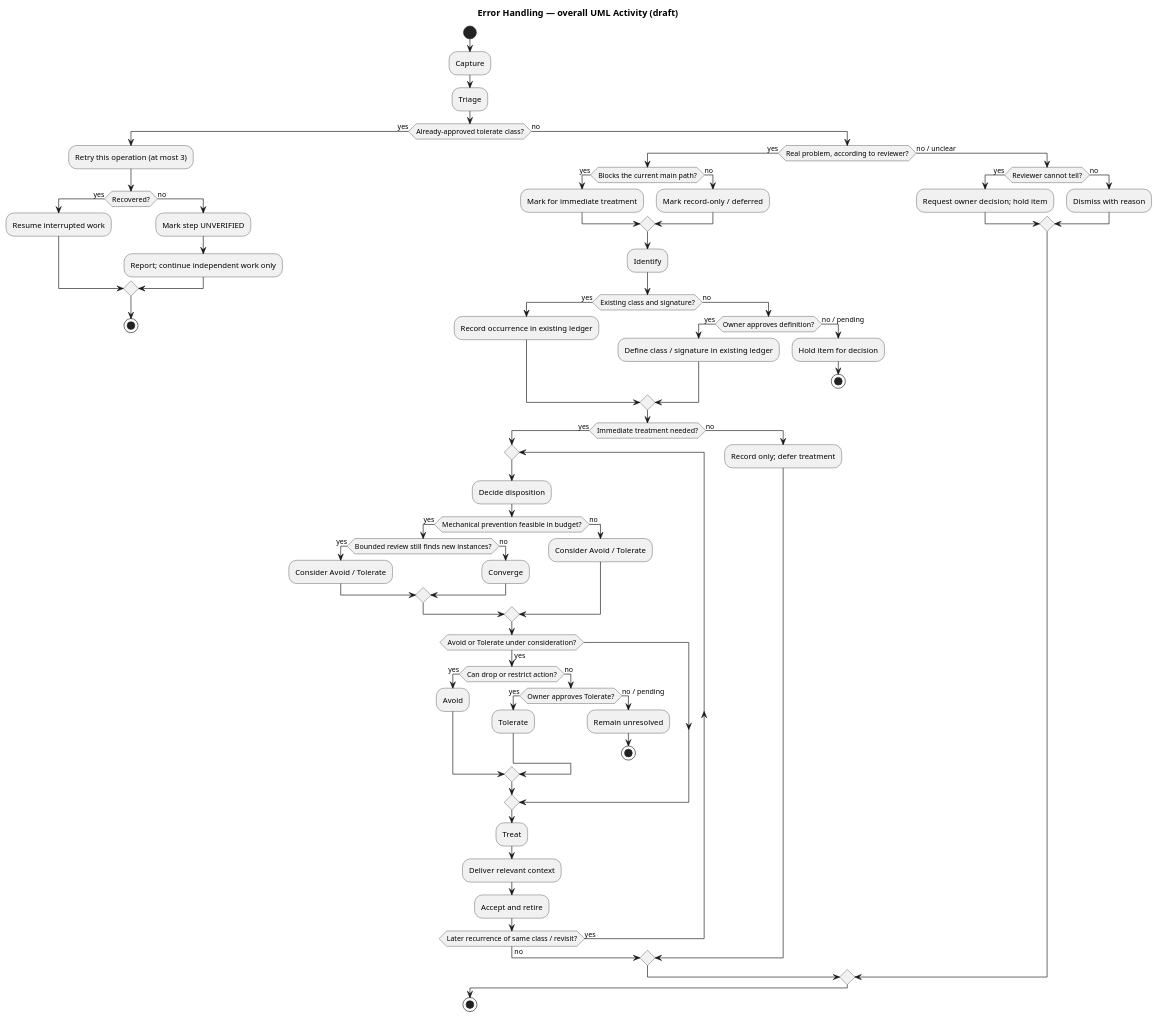
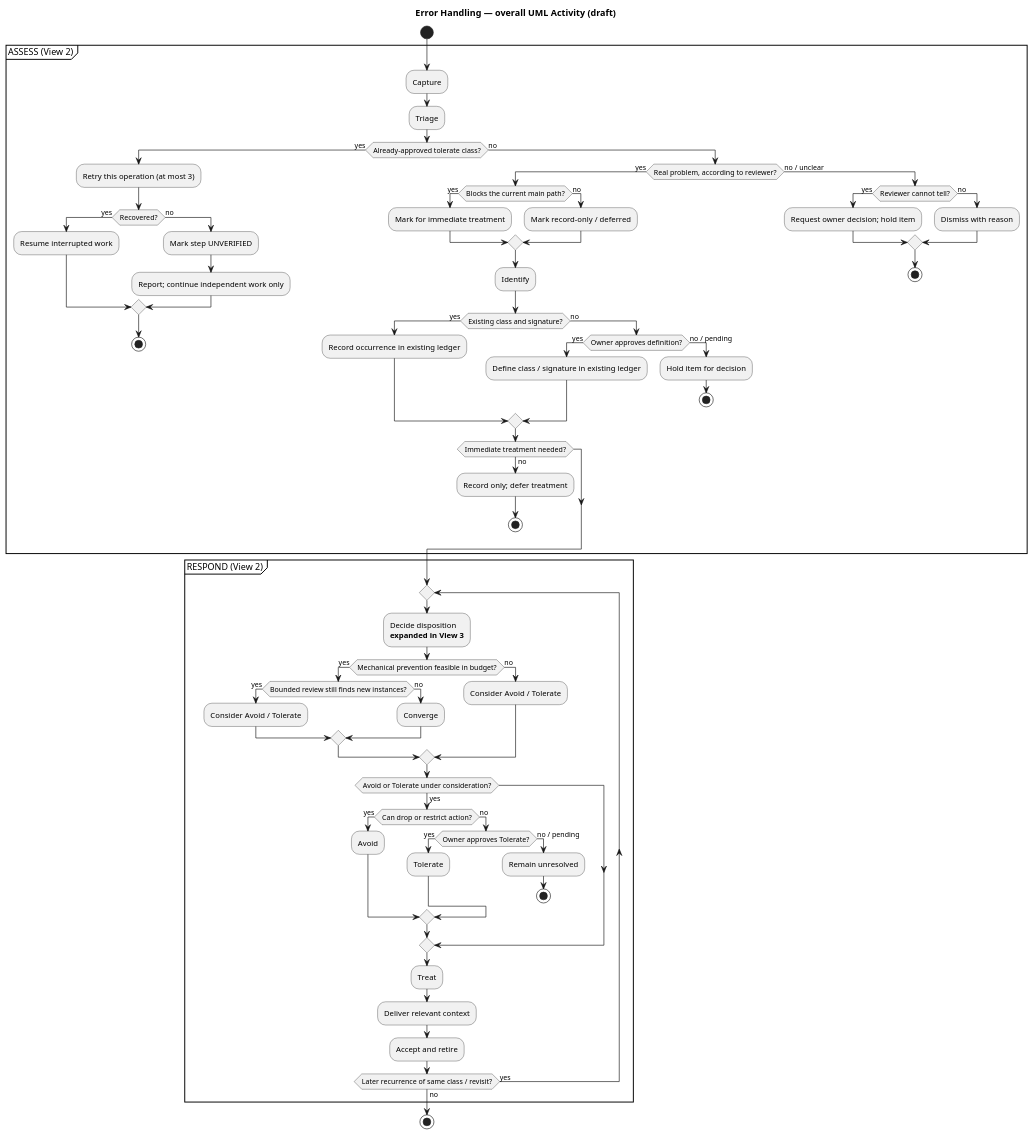
One commit to dyphn1/Harness-everything changed the diagram in docs/discussions/error-handling/activity.puml. Above: the diagram before and after it, drawn with PlantUML.

Commit message:
docs(discussion): partition UML activity by cross-view composition

```diff
--- a/docs/discussions/error-handling/activity.puml
+++ b/docs/discussions/error-handling/activity.puml
@@ -1,76 +1,86 @@
 @startuml error-handling-overview
-' Issue #437 / #402. Discussion-only UML activity source.
-' Seven Action names are retained; decisions and exits are control nodes.
+' Issue #437 / #402. Discussion-only UML Activity source.
+' ASSESS / RESPOND correspond to the same named blocks in Views 1 and 2.
+' Decide disposition is the Action expanded in View 3 (not a hyperlink).
 title Error Handling — overall UML Activity (draft)
 
 start
-:Capture;
-:Triage;
-if (Already-approved tolerate class?) then (yes)
-  :Retry this operation (at most 3);
-  if (Recovered?) then (yes)
-    :Resume interrupted work;
+partition "ASSESS (View 2)" {
+  :Capture;
+  :Triage;
+
+  if (Already-approved tolerate class?) then (yes)
+    :Retry this operation (at most 3);
+    if (Recovered?) then (yes)
+      :Resume interrupted work;
+    else (no)
+      :Mark step UNVERIFIED;
+      :Report; continue independent work only;
+    endif
+    stop
   else (no)
-    :Mark step UNVERIFIED;
-    :Report; continue independent work only;
-  endif
-  stop
-else (no)
-  if (Real problem, according to reviewer?) then (yes)
-    if (Blocks the current main path?) then (yes)
-      :Mark for immediate treatment;
-    else (no)
-      :Mark record-only / deferred;
-    endif
-    :Identify;
-    if (Existing class and signature?) then (yes)
-      :Record occurrence in existing ledger;
-    else (no)
-      if (Owner approves definition?) then (yes)
-        :Define class / signature in existing ledger;
-      else (no / pending)
-        :Hold item for decision;
+    if (Real problem, according to reviewer?) then (yes)
+      if (Blocks the current main path?) then (yes)
+        :Mark for immediate treatment;
+      else (no)
+        :Mark record-only / deferred;
+      endif
+      :Identify;
+      if (Existing class and signature?) then (yes)
+        :Record occurrence in existing ledger;
+      else (no)
+        if (Owner approves definition?) then (yes)
+          :Define class / signature in existing ledger;
+        else (no / pending)
+          :Hold item for decision;
+          stop
+        endif
+      endif
+      if (Immediate treatment needed?) then (no)
+        :Record only; defer treatment;
         stop
       endif
-    endif
-    if (Immediate treatment needed?) then (yes)
-      repeat
-        :Decide disposition;
-        if (Mechanical prevention feasible in budget?) then (yes)
-          if (Bounded review still finds new instances?) then (yes)
-            :Consider Avoid / Tolerate;
-          else (no)
-            :Converge;
-          endif
-        else (no)
-          :Consider Avoid / Tolerate;
-        endif
-        if (Avoid or Tolerate under consideration?) then (yes)
-          if (Can drop or restrict action?) then (yes)
-            :Avoid;
-          else (no)
-            if (Owner approves Tolerate?) then (yes)
-              :Tolerate;
-            else (no / pending)
-              :Remain unresolved;
-              stop
-            endif
-          endif
-        endif
-        :Treat;
-        :Deliver relevant context;
-        :Accept and retire;
-      repeat while (Later recurrence of same class / revisit?) is (yes) not (no)
-    else (no)
-      :Record only; defer treatment;
-    endif
-  else (no / unclear)
-    if (Reviewer cannot tell?) then (yes)
-      :Request owner decision; hold item;
-    else (no)
-      :Dismiss with reason;
+    else (no / unclear)
+      if (Reviewer cannot tell?) then (yes)
+        :Request owner decision; hold item;
+      else (no)
+        :Dismiss with reason;
+      endif
+      stop
     endif
   endif
-endif
+}
+
+partition "RESPOND (View 2)" {
+  repeat
+    :Decide disposition
+    <b>expanded in View 3</b>;
+    if (Mechanical prevention feasible in budget?) then (yes)
+      if (Bounded review still finds new instances?) then (yes)
+        :Consider Avoid / Tolerate;
+      else (no)
+        :Converge;
+      endif
+    else (no)
+      :Consider Avoid / Tolerate;
+    endif
+    if (Avoid or Tolerate under consideration?) then (yes)
+      if (Can drop or restrict action?) then (yes)
+        :Avoid;
+      else (no)
+        if (Owner approves Tolerate?) then (yes)
+          :Tolerate;
+        else (no / pending)
+          :Remain unresolved;
+          stop
+        endif
+      endif
+    endif
+    :Treat;
+    :Deliver relevant context;
+    :Accept and retire;
+  repeat while (Later recurrence of same class / revisit?) is (yes) not (no)
+}
+
 stop
 @enduml
```
